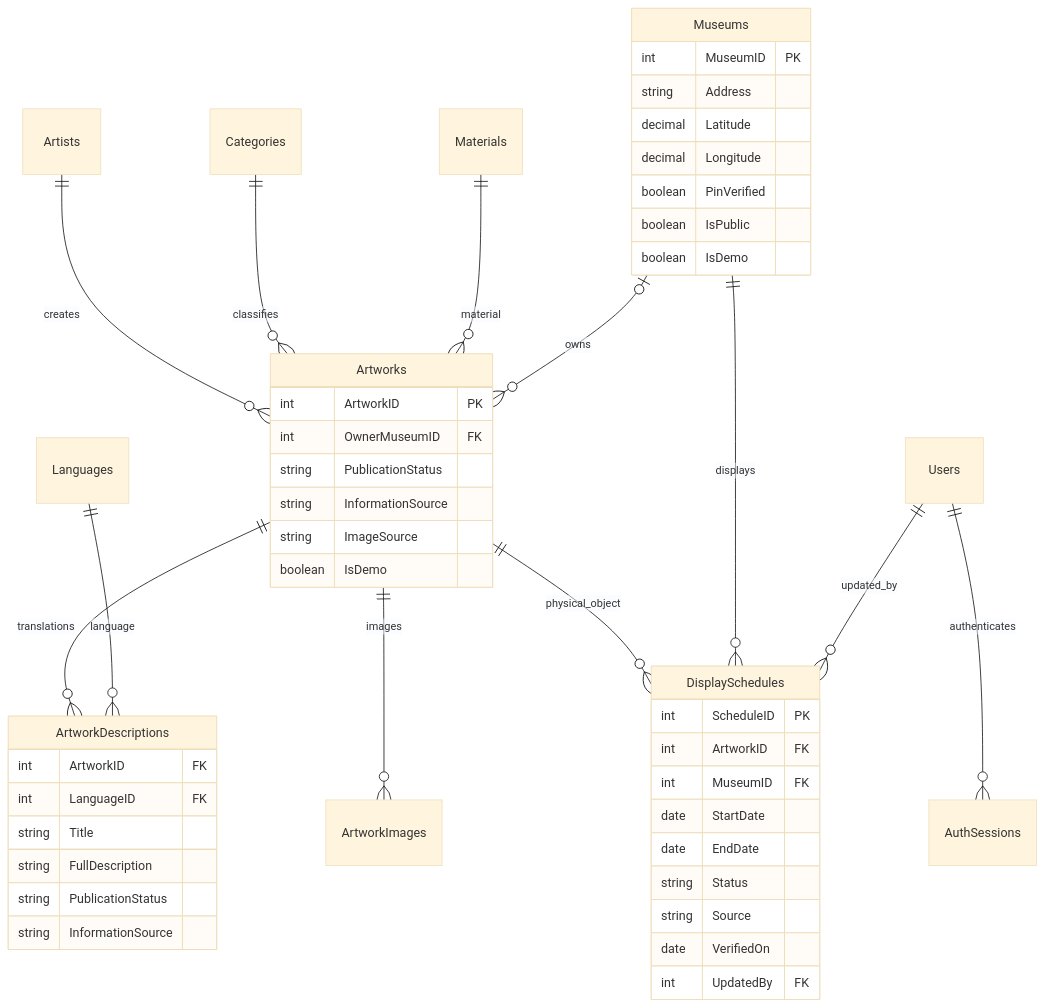
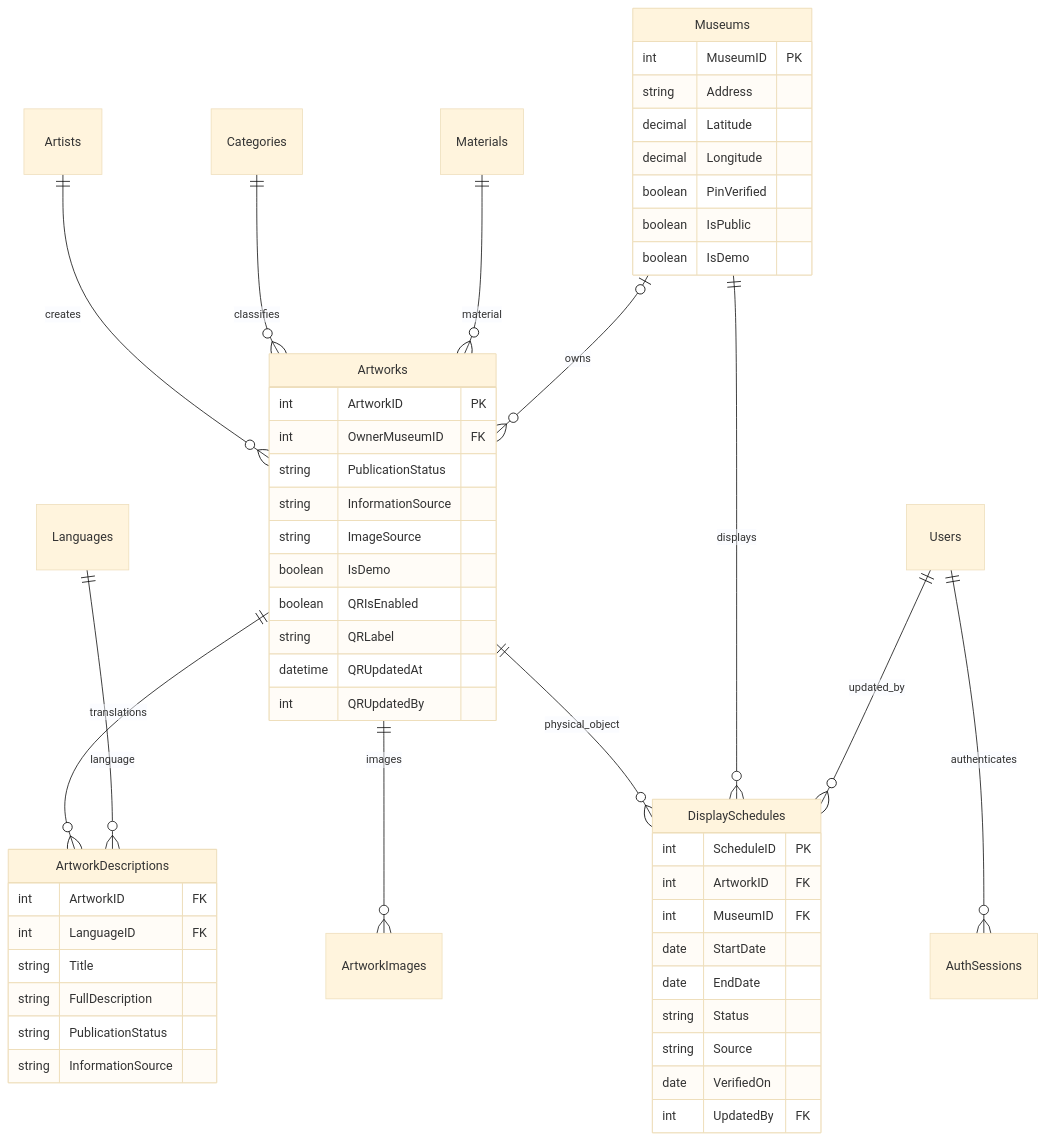
One commit to baybbut/CNPM_GROUP6 changed the first of 2 diagrams in docs/prd/MODEL.md. Above: the diagram before and after it, drawn with Mermaid (base theme). The commit also changed other lines of this file and 7 other files, not shown here.

````diff
--- a/docs/prd/MODEL.md
+++ b/docs/prd/MODEL.md
@@ -5,50 +7,54 @@
 ```mermaid
 erDiagram
     Artists ||--o{ Artworks : creates
     Categories ||--o{ Artworks : classifies
     Materials ||--o{ Artworks : material
     Artworks ||--o{ ArtworkDescriptions : translations
     Languages ||--o{ ArtworkDescriptions : language
     Artworks ||--o{ ArtworkImages : images
     Museums o|--o{ Artworks : owns
     Artworks ||--o{ DisplaySchedules : physical_object
     Museums ||--o{ DisplaySchedules : displays
     Users ||--o{ DisplaySchedules : updated_by
     Users ||--o{ AuthSessions : authenticates
     Artworks {
       int ArtworkID PK
       int OwnerMuseumID FK
       string PublicationStatus
       string InformationSource
       string ImageSource
       boolean IsDemo
+      boolean QRIsEnabled
+      string QRLabel
+      datetime QRUpdatedAt
+      int QRUpdatedBy
     }
     ArtworkDescriptions {
       int ArtworkID FK
       int LanguageID FK
       string Title
       string FullDescription
       string PublicationStatus
       string InformationSource
     }
     Museums {
       int MuseumID PK
       string Address
       decimal Latitude
       decimal Longitude
       boolean PinVerified
       boolean IsPublic
       boolean IsDemo
     }
     DisplaySchedules {
       int ScheduleID PK
       int ArtworkID FK
       int MuseumID FK
       date StartDate
       date EndDate
       string Status
       string Source
       date VerifiedOn
       int UpdatedBy FK
     }
 ```
````
